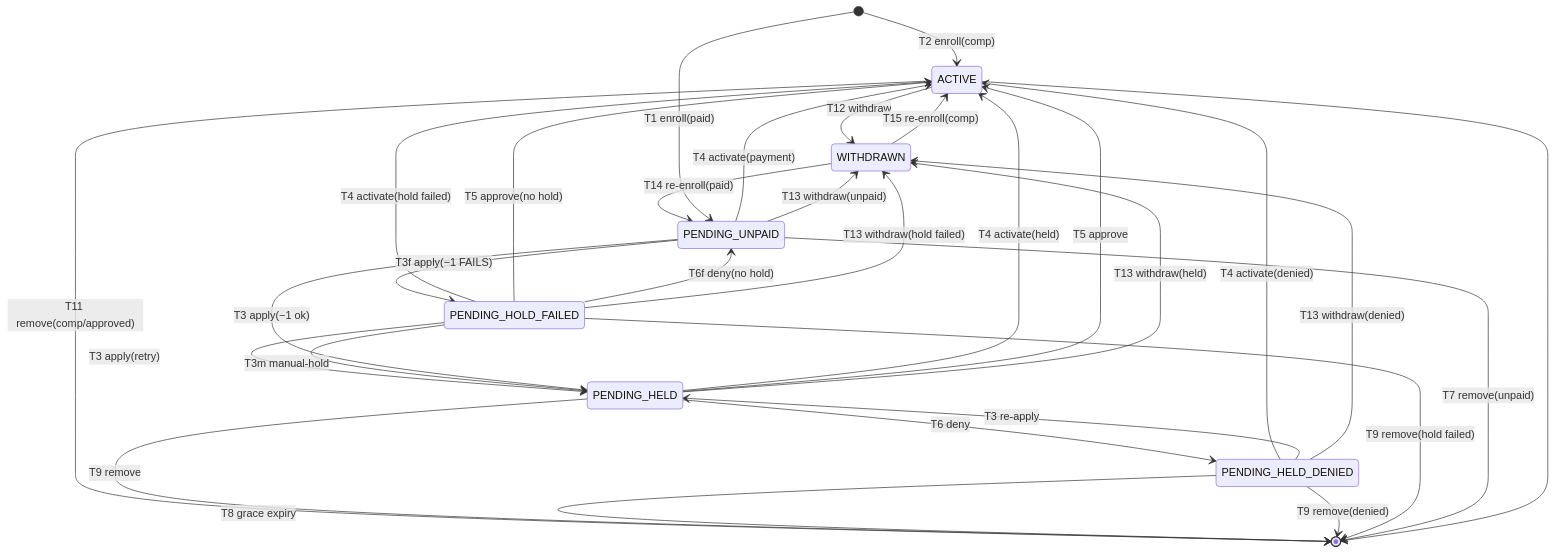
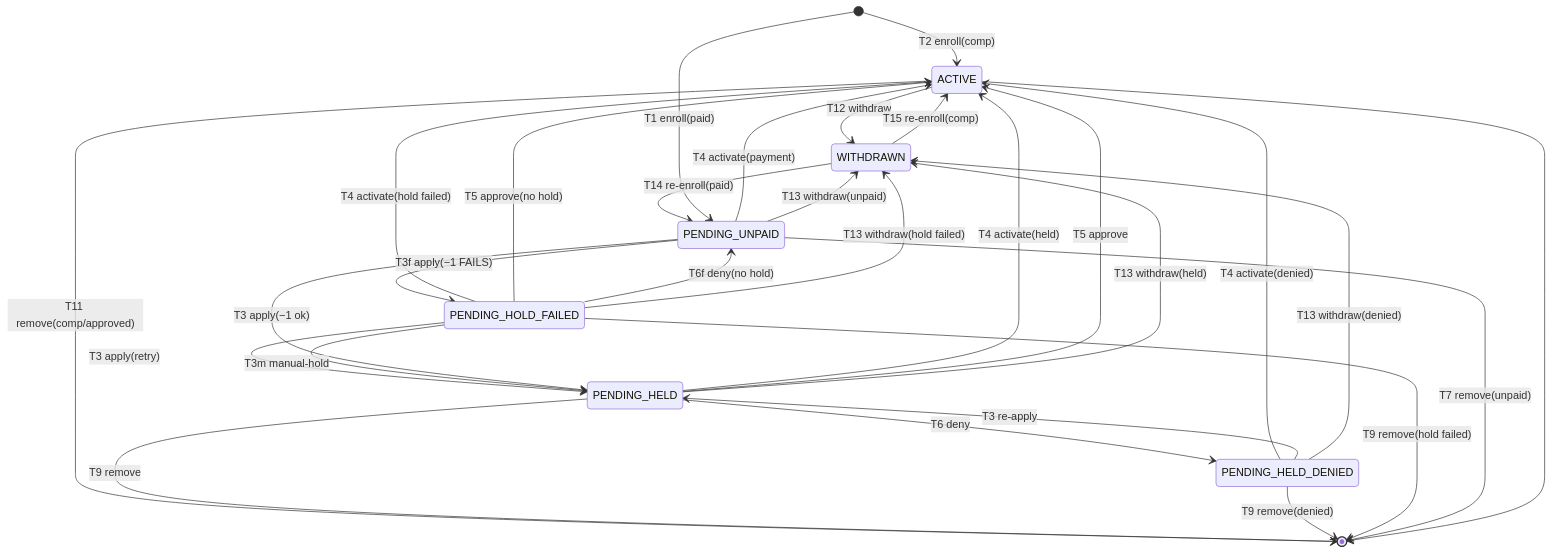
Before and after one commit to innovationtreehouse/apps.checkin: the diagram in docs/generated/lifecycle/enrollment.md, drawn with Mermaid. The commit also changed other lines of this file and 24 other files, not shown here.

````diff
--- a/docs/generated/lifecycle/enrollment.md
+++ b/docs/generated/lifecycle/enrollment.md
@@ -12,32 +12,31 @@
 ```mermaid
 stateDiagram-v2
     ACTIVE --> WITHDRAWN: T12 withdraw
     ACTIVE --> [*]: T11 remove(comp/approved)
     PENDING_HELD --> ACTIVE: T4 activate(held)
     PENDING_HELD --> ACTIVE: T5 approve
     PENDING_HELD --> PENDING_HELD_DENIED: T6 deny
     PENDING_HELD --> WITHDRAWN: T13 withdraw(held)
     PENDING_HELD --> [*]: T9 remove
     PENDING_HELD_DENIED --> ACTIVE: T4 activate(denied)
     PENDING_HELD_DENIED --> PENDING_HELD: T3 re-apply
     PENDING_HELD_DENIED --> WITHDRAWN: T13 withdraw(denied)
-    PENDING_HELD_DENIED --> [*]: T8 grace expiry
     PENDING_HELD_DENIED --> [*]: T9 remove(denied)
     PENDING_HOLD_FAILED --> ACTIVE: T4 activate(hold failed)
     PENDING_HOLD_FAILED --> ACTIVE: T5 approve(no hold)
     PENDING_HOLD_FAILED --> PENDING_HELD: T3 apply(retry)
     PENDING_HOLD_FAILED --> PENDING_HELD: T3m manual-hold
     PENDING_HOLD_FAILED --> PENDING_UNPAID: T6f deny(no hold)
     PENDING_HOLD_FAILED --> WITHDRAWN: T13 withdraw(hold failed)
     PENDING_HOLD_FAILED --> [*]: T9 remove(hold failed)
     PENDING_UNPAID --> ACTIVE: T4 activate(payment)
     PENDING_UNPAID --> PENDING_HELD: T3 apply(−1 ok)
     PENDING_UNPAID --> PENDING_HOLD_FAILED: T3f apply(−1 FAILS)
     PENDING_UNPAID --> WITHDRAWN: T13 withdraw(unpaid)
     PENDING_UNPAID --> [*]: T7 remove(unpaid)
     WITHDRAWN --> ACTIVE: T15 re-enroll(comp)
     WITHDRAWN --> PENDING_UNPAID: T14 re-enroll(paid)
     [*] --> ACTIVE: T2 enroll(comp)
     [*] --> PENDING_UNPAID: T1 enroll(paid)
     ACTIVE --> [*]
 ```
````
